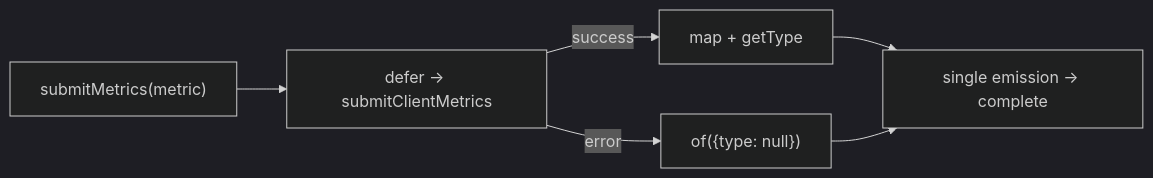
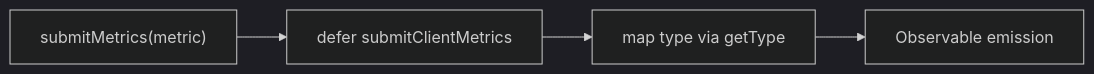
Before and after one commit to webex/sdk-component-adapter: the first of 3 diagrams in src/ai-docs/metrics-sdk-adapter-spec.md, drawn with Mermaid (dark theme). The commit also changed other lines of this file and 13 other files, not shown here.

````diff
--- a/src/ai-docs/metrics-sdk-adapter-spec.md
+++ b/src/ai-docs/metrics-sdk-adapter-spec.md
@@ -96,8 +93,6 @@
 ```mermaid
 flowchart LR
-  submit["submitMetrics(metric)"] --> defer["defer → submitClientMetrics"]
-  defer -->|success| map["map + getType"]
-  defer -->|error| ofNull["of({type: null})"]
-  map --> emit["single emission → complete"]
-  ofNull --> emit
+  submit["submitMetrics(metric)"] --> defer["defer submitClientMetrics"]
+  defer --> map["map type via getType"]
+  map --> out["Observable emission"]
 ```
````
